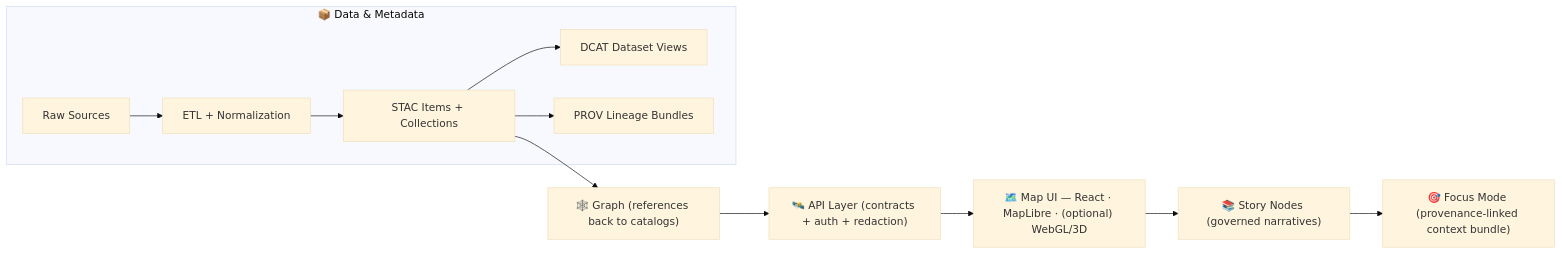
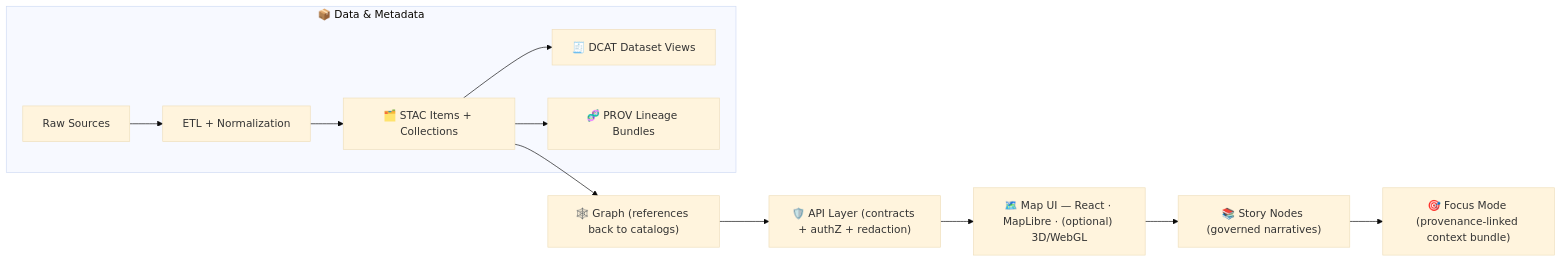
The diagram in data/README.md (bartytime4life/Kansas-Frontier-Matrix), drawn with Mermaid (base theme) before and after one commit. The commit also changed other lines of this file, not shown here.

````diff
--- a/data/README.md
+++ b/data/README.md
@@ -77,15 +97,15 @@
 ```mermaid
 flowchart LR
   subgraph Data["📦 Data & Metadata"]
     A["Raw Sources"] --> B["ETL + Normalization"]
-    B --> C["STAC Items + Collections"]
-    C --> D["DCAT Dataset Views"]
-    C --> E["PROV Lineage Bundles"]
+    B --> C["🗂️ STAC Items + Collections"]
+    C --> D["🧾 DCAT Dataset Views"]
+    C --> E["🧬 PROV Lineage Bundles"]
   end
 
   C --> G["🕸️ Graph (references back to catalogs)"]
-  G --> H["🛰️ API Layer (contracts + auth + redaction)"]
-  H --> I["🗺️ Map UI — React · MapLibre · (optional) WebGL/3D"]
+  G --> H["🛡️ API Layer (contracts + authZ + redaction)"]
+  H --> I["🗺️ Map UI — React · MapLibre · (optional) 3D/WebGL"]
   I --> J["📚 Story Nodes (governed narratives)"]
   J --> K["🎯 Focus Mode (provenance-linked context bundle)"]
 ```
````
